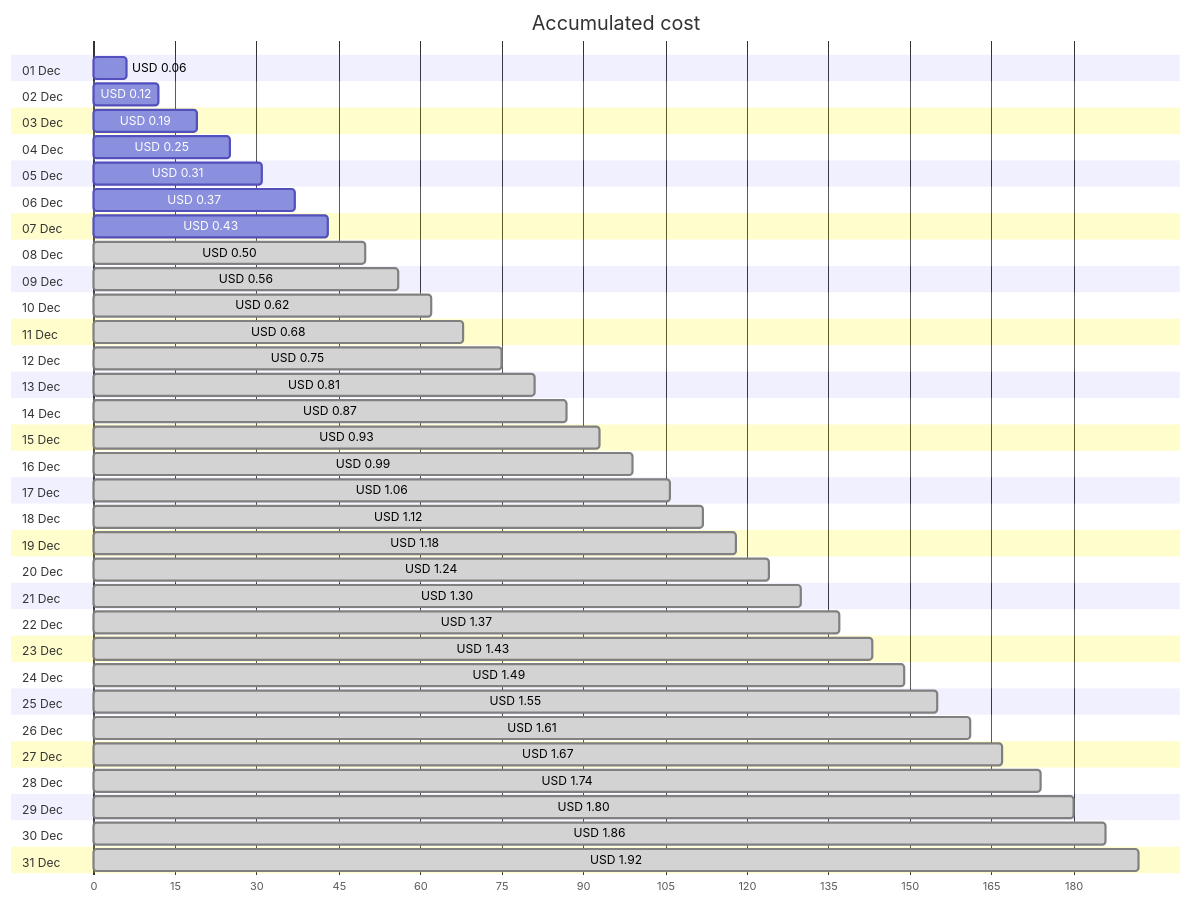
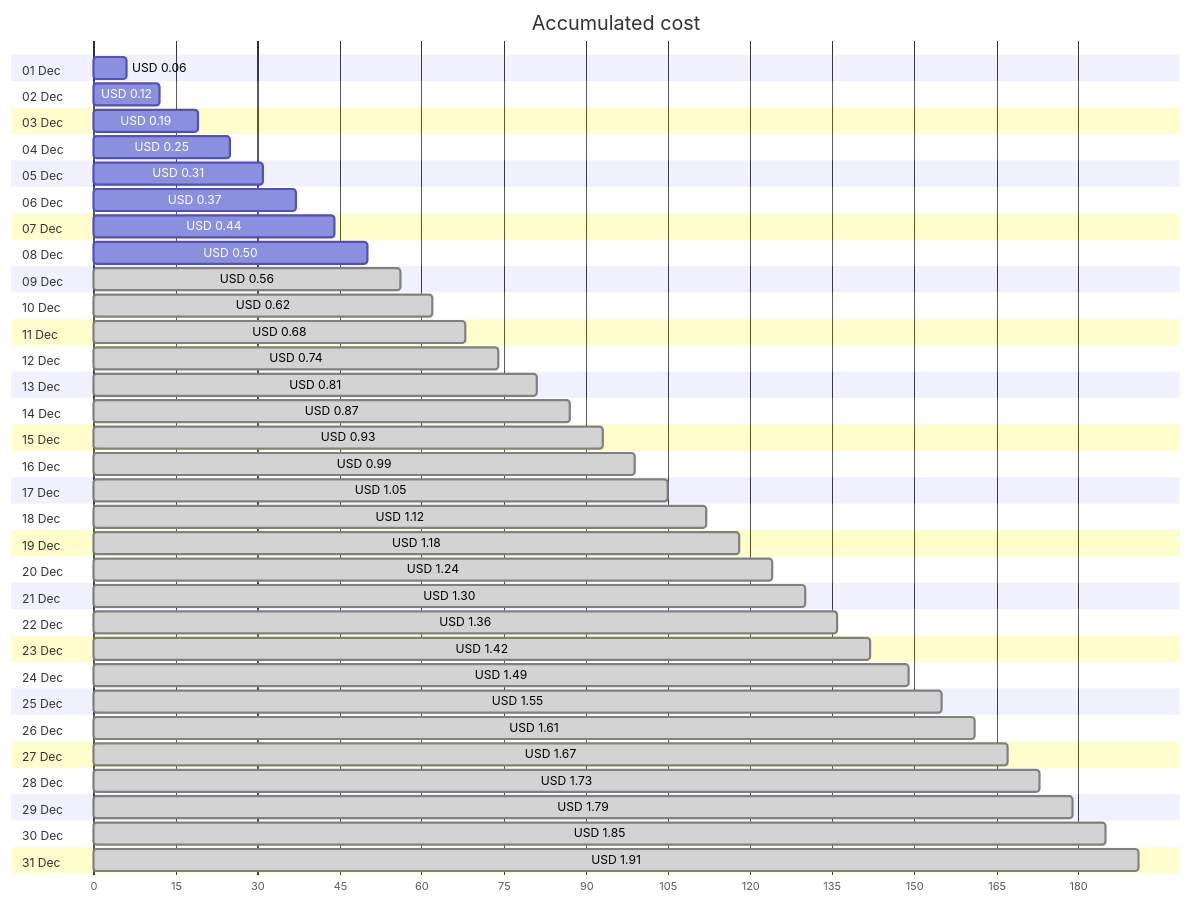
The first of 4 diagrams in cost-reports/personal-network/backup-server_OsDisk.md (jpfulton/azure-personal-reports), drawn with Mermaid before and after one commit. The commit also changed other lines of this file and 8 other files, not shown here.

````diff
--- a/cost-reports/personal-network/backup-server_OsDisk.md
+++ b/cost-reports/personal-network/backup-server_OsDisk.md
@@ -20,68 +20,68 @@
 ```mermaid
 gantt
    title Accumulated cost
    dateFormat  X
    axisFormat %s
    section 01 Dec
    USD 0.06 :0, 6
    section 02 Dec
    USD 0.12 :0, 12
    section 03 Dec
    USD 0.19 :0, 19
    section 04 Dec
    USD 0.25 :0, 25
    section 05 Dec
    USD 0.31 :0, 31
    section 06 Dec
    USD 0.37 :0, 37
    section 07 Dec
-   USD 0.43 :0, 43
+   USD 0.44 :0, 44
    section 08 Dec
-   USD 0.50 : done, 0, 50
+   USD 0.50 :0, 50
    section 09 Dec
    USD 0.56 : done, 0, 56
    section 10 Dec
    USD 0.62 : done, 0, 62
    section 11 Dec
    USD 0.68 : done, 0, 68
    section 12 Dec
-   USD 0.75 : done, 0, 75
+   USD 0.74 : done, 0, 74
    section 13 Dec
    USD 0.81 : done, 0, 81
    section 14 Dec
    USD 0.87 : done, 0, 87
    section 15 Dec
    USD 0.93 : done, 0, 93
    section 16 Dec
    USD 0.99 : done, 0, 99
    section 17 Dec
-   USD 1.06 : done, 0, 106
+   USD 1.05 : done, 0, 105
    section 18 Dec
    USD 1.12 : done, 0, 112
    section 19 Dec
    USD 1.18 : done, 0, 118
    section 20 Dec
    USD 1.24 : done, 0, 124
    section 21 Dec
    USD 1.30 : done, 0, 130
    section 22 Dec
-   USD 1.37 : done, 0, 137
+   USD 1.36 : done, 0, 136
    section 23 Dec
-   USD 1.43 : done, 0, 143
+   USD 1.42 : done, 0, 142
    section 24 Dec
    USD 1.49 : done, 0, 149
    section 25 Dec
    USD 1.55 : done, 0, 155
    section 26 Dec
    USD 1.61 : done, 0, 161
    section 27 Dec
    USD 1.67 : done, 0, 167
    section 28 Dec
-   USD 1.74 : done, 0, 174
+   USD 1.73 : done, 0, 173
    section 29 Dec
-   USD 1.80 : done, 0, 180
+   USD 1.79 : done, 0, 179
    section 30 Dec
-   USD 1.86 : done, 0, 186
+   USD 1.85 : done, 0, 185
    section 31 Dec
-   USD 1.92 : done, 0, 192
+   USD 1.91 : done, 0, 191
 ```
````
